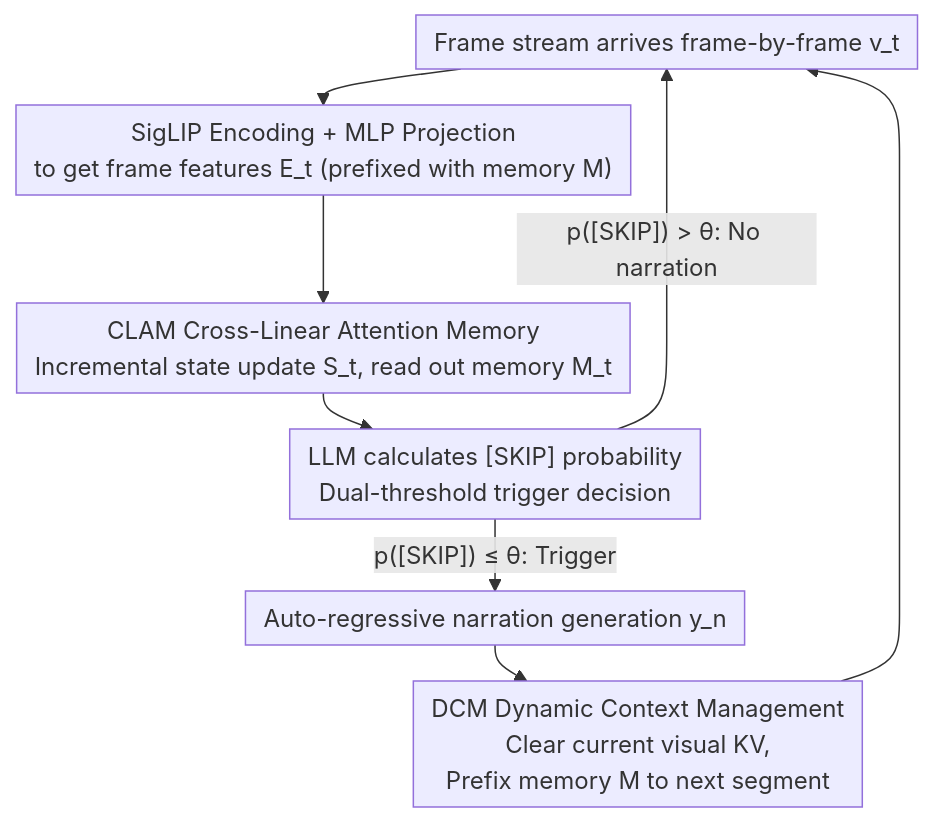
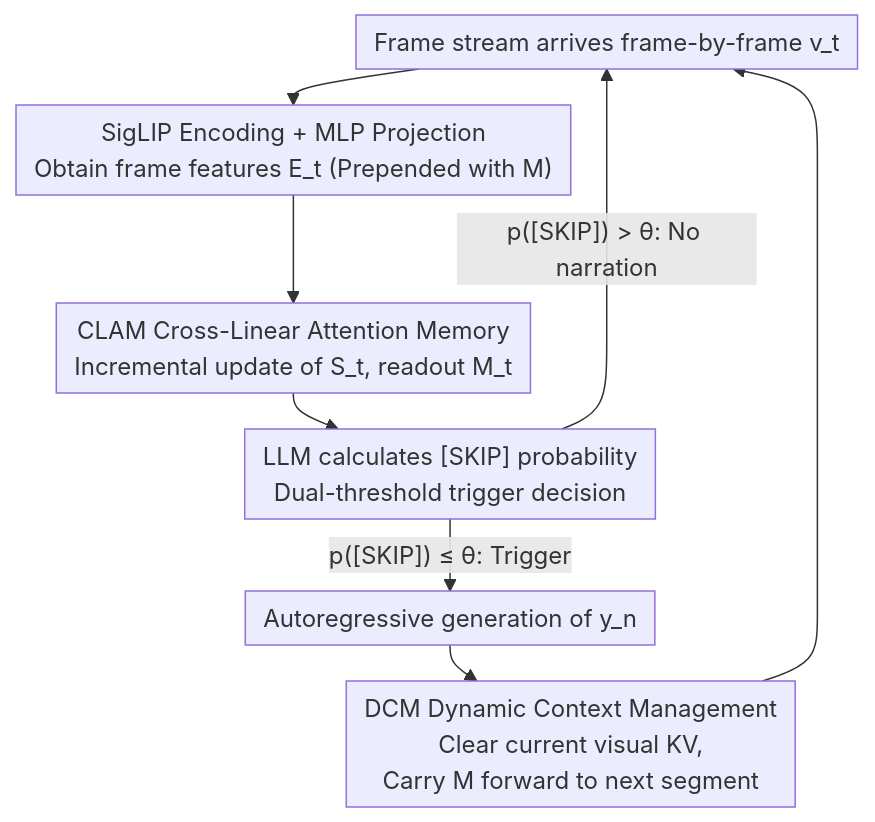
One commit to zhaoyang97/Paper-Notes-en changed the diagram in docs/ICML2026/multimodal_vlm/flownar_scalable_streaming_narration_for_long-form_videos.md. Above: the diagram before and after it, drawn with Mermaid. The commit also changed other lines of this file and 5084 other files, not shown here.

````diff
--- a/docs/ICML2026/multimodal_vlm/flownar_scalable_streaming_narration_for_long-form_videos.md
+++ b/docs/ICML2026/multimodal_vlm/flownar_scalable_streaming_narration_for_long-form_videos.md
@@ -42,11 +42,11 @@
 ```mermaid
 %%{init: {'flowchart': {'rankSpacing': 24, 'nodeSpacing': 28, 'padding': 6, 'wrappingWidth': 400}}}%%
 flowchart TD
-    A["Frame stream arrives frame-by-frame v_t"] --> B["SigLIP Encoding + MLP Projection<br/>to get frame features E_t (prefixed with memory M)"]
-    B --> C["CLAM Cross-Linear Attention Memory<br/>Incremental state update S_t, read out memory M_t"]
+    A["Frame stream arrives frame-by-frame v_t"] --> B["SigLIP Encoding + MLP Projection<br/>Obtain frame features E_t (Prepended with M)"]
+    B --> C["CLAM Cross-Linear Attention Memory<br/>Incremental update of S_t, readout M_t"]
     C --> D["LLM calculates [SKIP] probability<br/>Dual-threshold trigger decision"]
     D -->|"p([SKIP]) > θ: No narration"| A
-    D -->|"p([SKIP]) ≤ θ: Trigger"| E["Auto-regressive narration generation y_n"]
-    E --> F["DCM Dynamic Context Management<br/>Clear current visual KV,<br/>Prefix memory M to next segment"]
+    D -->|"p([SKIP]) ≤ θ: Trigger"| E["Autoregressive generation of y_n"]
+    E --> F["DCM Dynamic Context Management<br/>Clear current visual KV,<br/>Carry M forward to next segment"]
     F --> A
 ```
````
